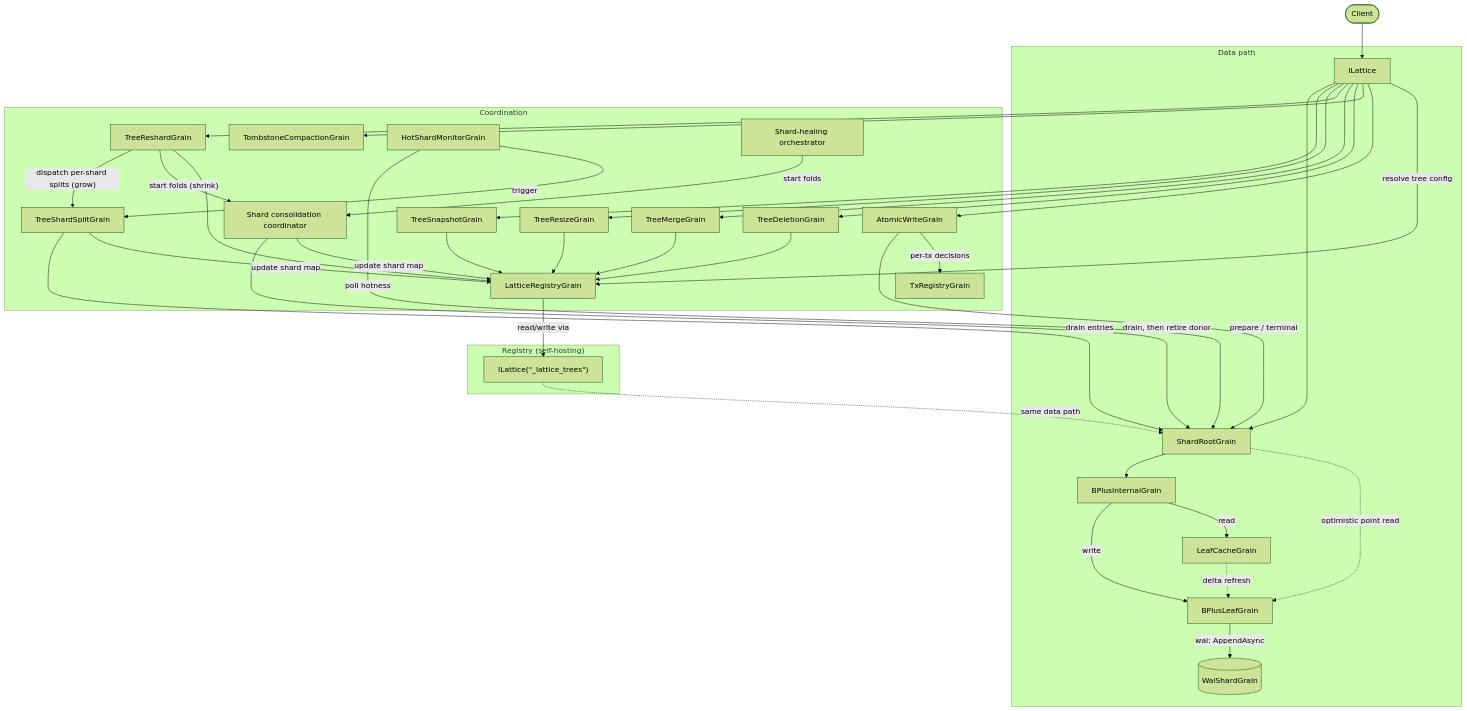
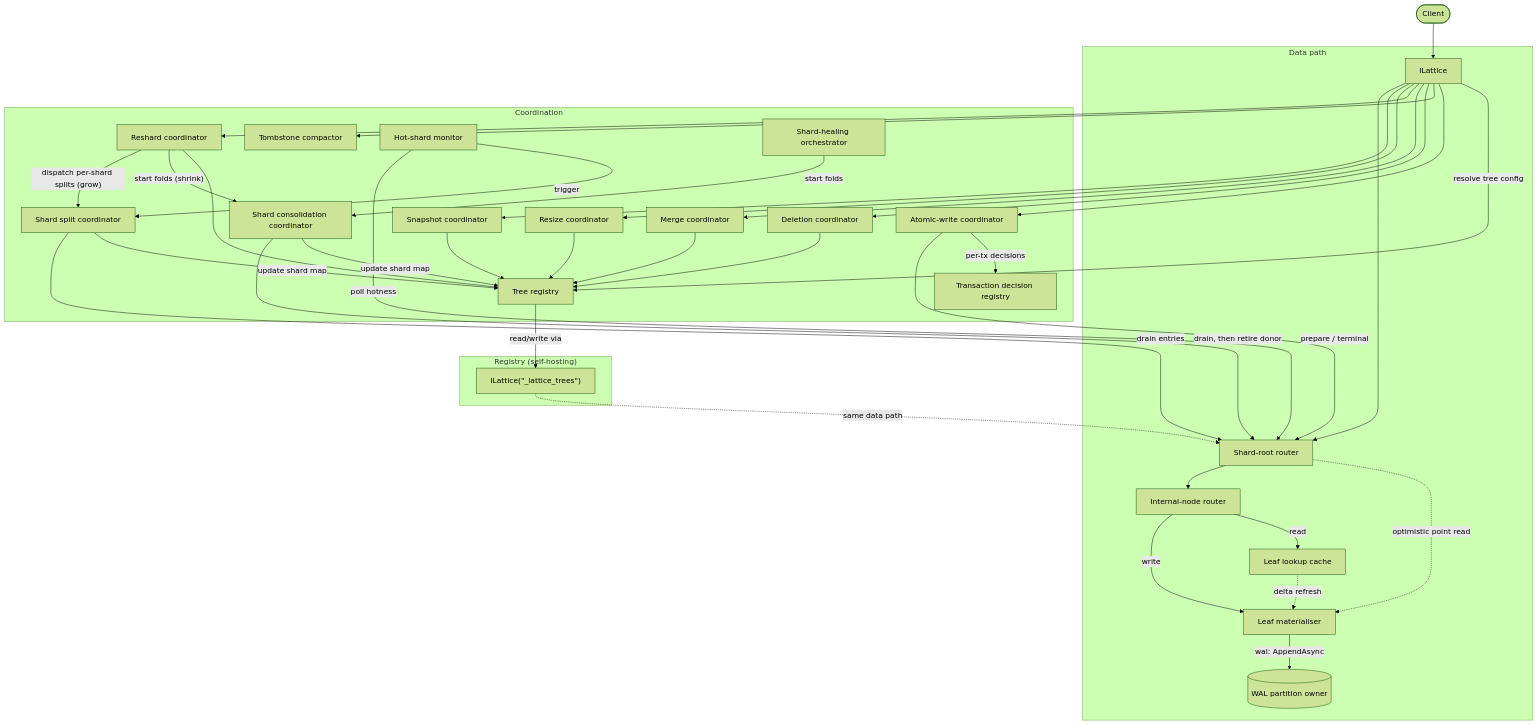
One commit to NSTA1/Orleans.Lattice changed the third of 3 diagrams in docs/lattice/architecture.md. Above: the diagram before and after it, drawn with Mermaid (forest theme). The commit also changed other lines of this file and 74 other files, not shown here.

````diff
--- a/docs/lattice/architecture.md
+++ b/docs/lattice/architecture.md
@@ -183,47 +183,47 @@
 ```mermaid
 flowchart TD
     Client([Client]) --> ILattice
 
     subgraph "Data path"
-        ILattice --> ShardRoot[ShardRootGrain]
-        ShardRoot --> Internal[BPlusInternalGrain]
-        Internal -->|write| Leaf[BPlusLeafGrain]
-        Internal -->|read| Cache[LeafCacheGrain]
+        ILattice --> ShardRoot[Shard-root router]
+        ShardRoot --> Internal[Internal-node router]
+        Internal -->|write| Leaf[Leaf materialiser]
+        Internal -->|read| Cache[Leaf lookup cache]
         Cache -.->|delta refresh| Leaf
         ShardRoot -.->|optimistic point read| Leaf
-        Leaf -->|"wal: AppendAsync"| Wal[(WalShardGrain)]
+        Leaf -->|"wal: AppendAsync"| Wal[(WAL partition owner)]
     end
 
     subgraph "Coordination"
-        ILattice --> Snapshot[TreeSnapshotGrain]
-        ILattice --> Resize[TreeResizeGrain]
-        ILattice --> Reshard[TreeReshardGrain]
-        ILattice --> Merge[TreeMergeGrain]
-        ILattice --> Delete[TreeDeletionGrain]
-        ILattice --> Compact[TombstoneCompactionGrain]
-        ILattice --> Atomic[AtomicWriteGrain]
+        ILattice --> Snapshot[Snapshot coordinator]
+        ILattice --> Resize[Resize coordinator]
+        ILattice --> Reshard[Reshard coordinator]
+        ILattice --> Merge[Merge coordinator]
+        ILattice --> Delete[Deletion coordinator]
+        ILattice --> Compact[Tombstone compactor]
+        ILattice --> Atomic[Atomic-write coordinator]
         Atomic -->|prepare / terminal| ShardRoot
-        Atomic -->|"per-tx decisions"| TxReg[TxRegistryGrain]
-        Monitor[HotShardMonitorGrain] -->|poll hotness| ShardRoot
-        Monitor -->|trigger| Split[TreeShardSplitGrain]
+        Atomic -->|"per-tx decisions"| TxReg[Transaction decision registry]
+        Monitor[Hot-shard monitor] -->|poll hotness| ShardRoot
+        Monitor -->|trigger| Split[Shard split coordinator]
         Reshard -->|"dispatch per-shard splits (grow)"| Split
         Reshard -->|"start folds (shrink)"| Fold[Shard consolidation coordinator]
         Healing[Shard-healing orchestrator] -->|start folds| Fold
         Fold -->|"drain, then retire donor"| ShardRoot
         Fold -->|update shard map| Registry
         Split -->|drain entries| ShardRoot
         Split -->|update shard map| Registry
     end
 
     subgraph "Registry (self-hosting)"
-        ILattice -->|resolve tree config| Registry[LatticeRegistryGrain]
+        ILattice -->|resolve tree config| Registry[Tree registry]
         Registry -->|read/write via| SelfLattice["ILattice(&quot;_lattice_trees&quot;)"]
         SelfLattice -.->|same data path| ShardRoot
     end
 
     Snapshot --> Registry
     Resize --> Registry
     Reshard --> Registry
     Merge --> Registry
     Delete --> Registry
 ```
````
